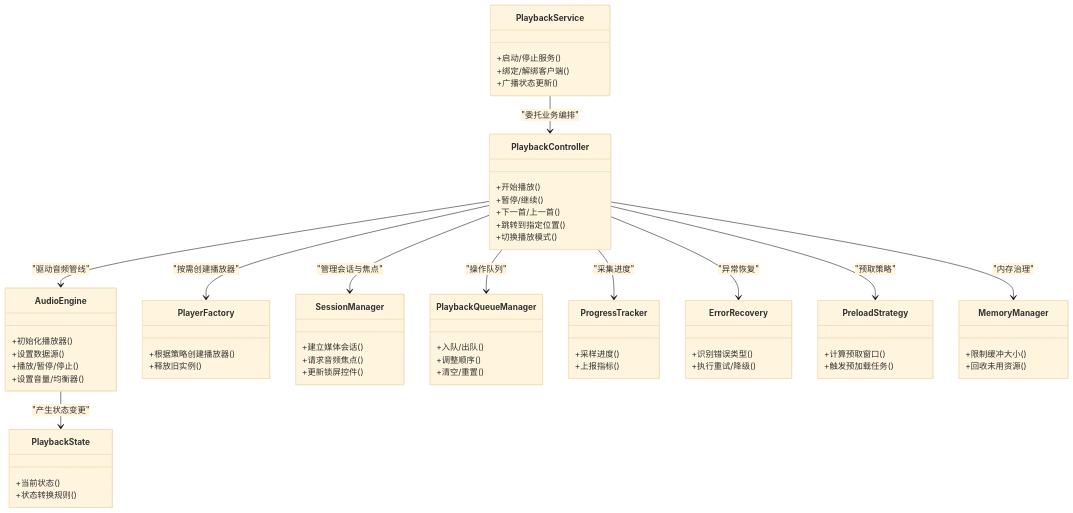
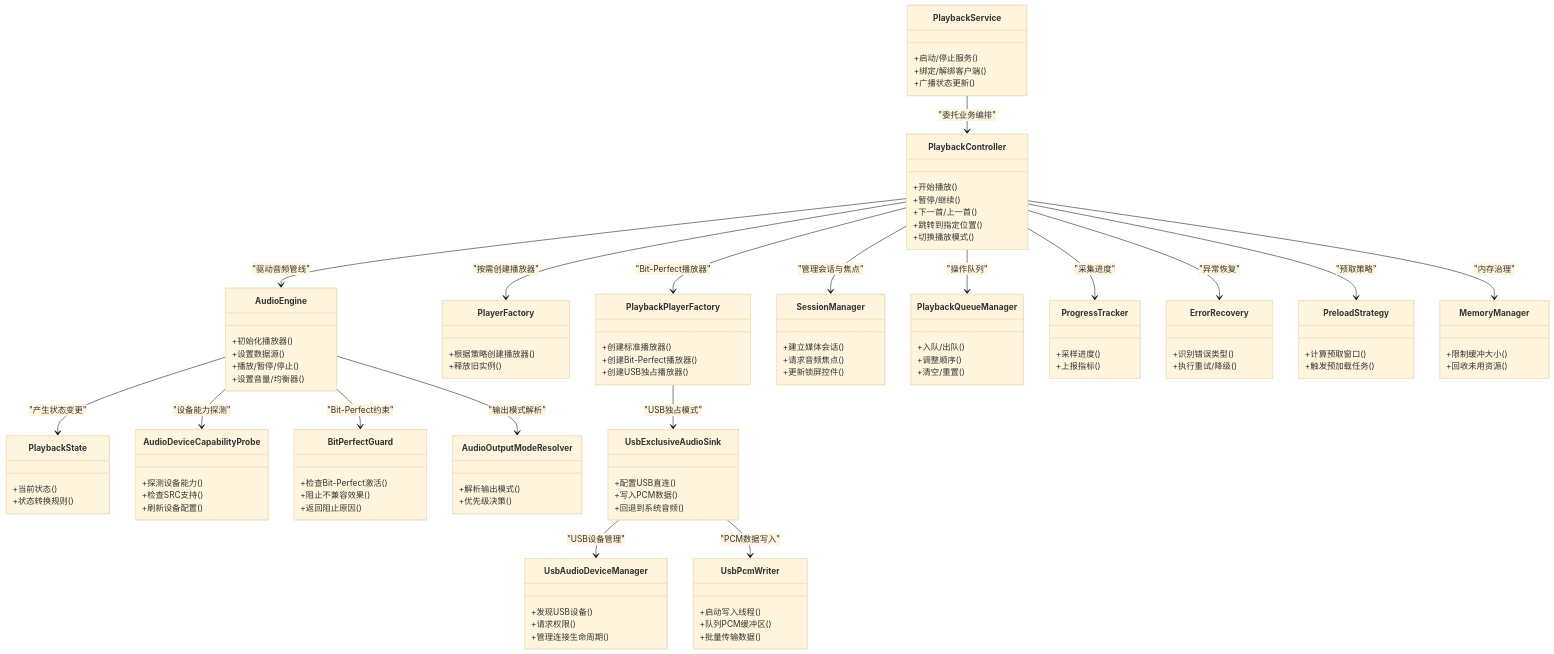
One commit to ysyhlly/Yukine-android changed the second of 14 diagrams in .qoder/repowiki/zh/content/架构设计/模块化设计/功能特性模块/播放核心模块 (feature_playback).md. Above: the diagram before and after it, drawn with Mermaid (base theme). The commit also changed other lines of this file and 254 other files, not shown here.

````diff
--- a/.qoder/repowiki/zh/content/架构设计/模块化设计/功能特性模块/播放核心模块 (feature_playback).md
+++ b/.qoder/repowiki/zh/content/架构设计/模块化设计/功能特性模块/播放核心模块 (feature_playback).md
@@ -186,6 +203,40 @@
 class PlayerFactory {
 +根据策略创建播放器()
 +释放旧实例()
+}
+class PlaybackPlayerFactory {
++创建标准播放器()
++创建Bit-Perfect播放器()
++创建USB独占播放器()
+}
+class AudioDeviceCapabilityProbe {
++探测设备能力()
++检查SRC支持()
++刷新设备配置()
+}
+class BitPerfectGuard {
++检查Bit-Perfect激活()
++阻止不兼容效果()
++返回阻止原因()
+}
+class AudioOutputModeResolver {
++解析输出模式()
++优先级决策()
+}
+class UsbAudioDeviceManager {
++发现USB设备()
++请求权限()
++管理连接生命周期()
+}
+class UsbExclusiveAudioSink {
++配置USB直连()
++写入PCM数据()
++回退到系统音频()
+}
+class UsbPcmWriter {
++启动写入线程()
++队列PCM缓冲区()
++批量传输数据()
 }
 class SessionManager {
 +建立媒体会话()
@@ -220,6 +271,7 @@
 PlaybackService --> PlaybackController : "委托业务编排"
 PlaybackController --> AudioEngine : "驱动音频管线"
 PlaybackController --> PlayerFactory : "按需创建播放器"
+PlaybackController --> PlaybackPlayerFactory : "Bit-Perfect播放器"
 PlaybackController --> SessionManager : "管理会话与焦点"
 PlaybackController --> PlaybackQueueManager : "操作队列"
 PlaybackController --> ProgressTracker : "采集进度"
@@ -227,4 +279,10 @@
 PlaybackController --> PreloadStrategy : "预取策略"
 PlaybackController --> MemoryManager : "内存治理"
 AudioEngine --> PlaybackState : "产生状态变更"
+AudioEngine --> AudioDeviceCapabilityProbe : "设备能力探测"
+AudioEngine --> BitPerfectGuard : "Bit-Perfect约束"
+AudioEngine --> AudioOutputModeResolver : "输出模式解析"
+PlaybackPlayerFactory --> UsbExclusiveAudioSink : "USB独占模式"
+UsbExclusiveAudioSink --> UsbAudioDeviceManager : "USB设备管理"
+UsbExclusiveAudioSink --> UsbPcmWriter : "PCM数据写入"
 ```
````
